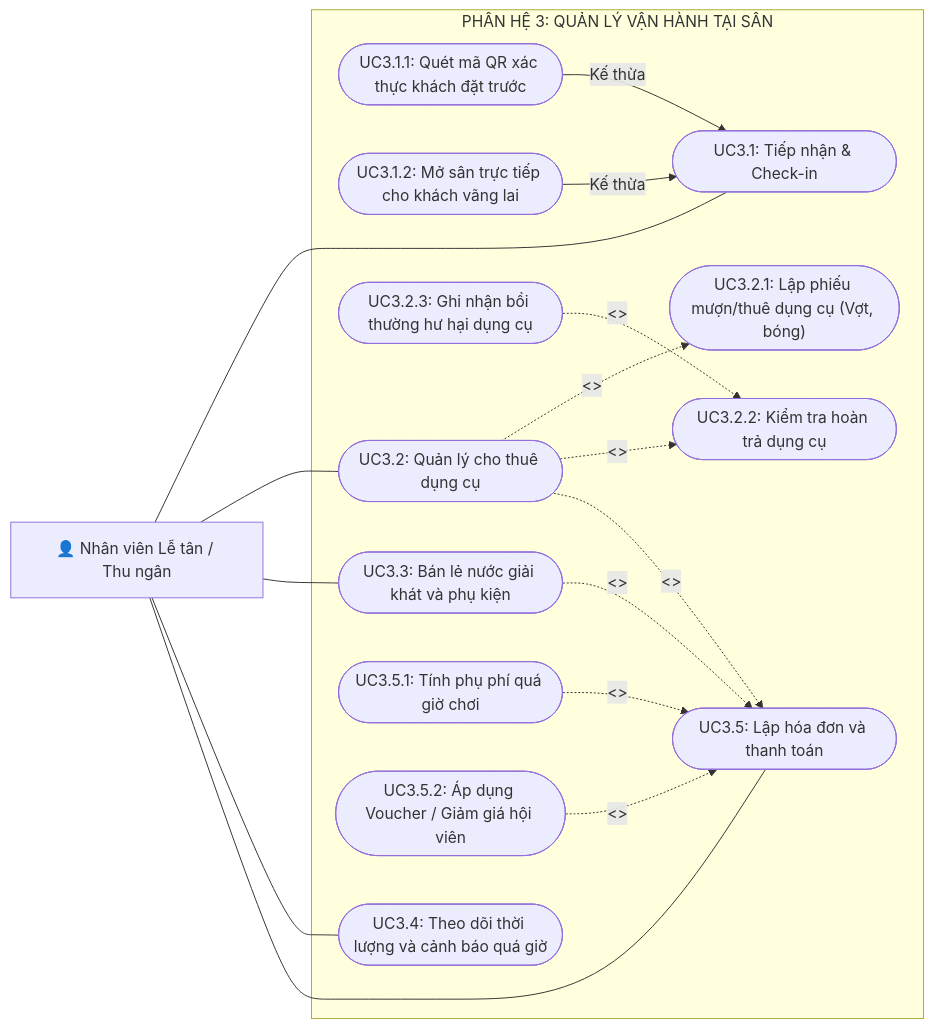
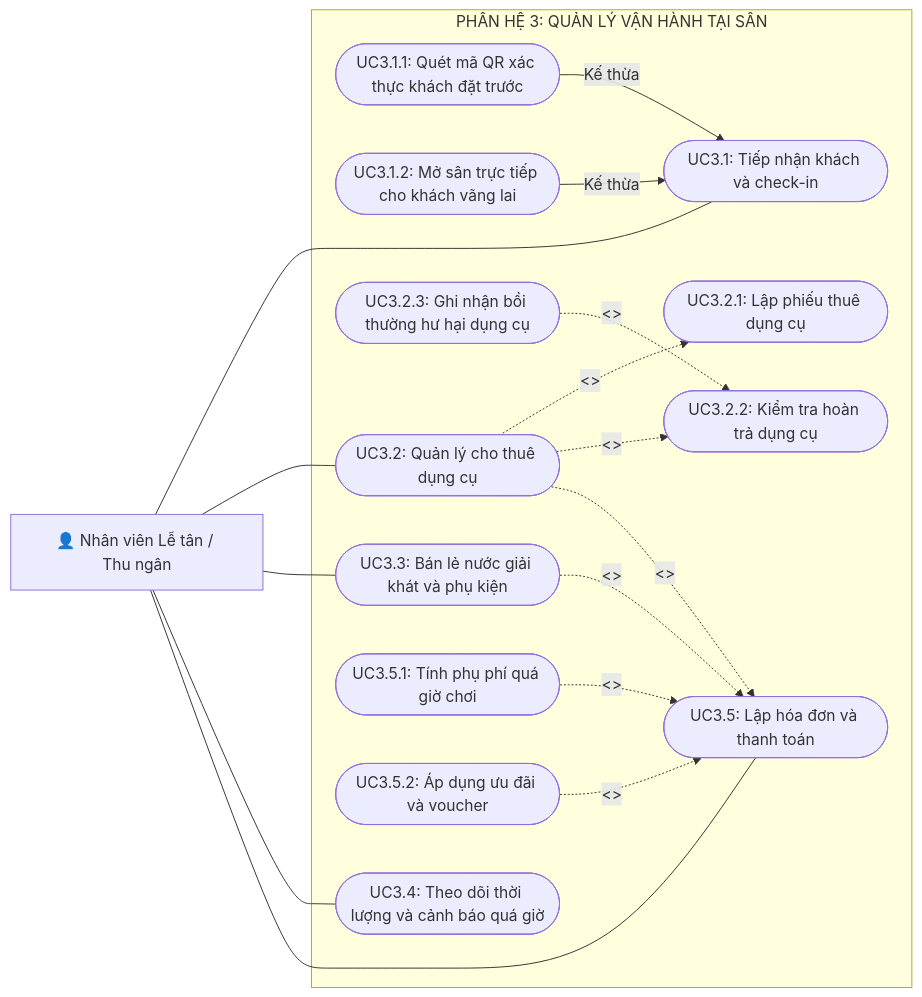
The fifth of 7 diagrams in BTH/BTH3_UsecaseDiagram/BTH3_UsecaseDiagram.md (nphat-code/DoAn-OOAD-SGU), drawn with Mermaid before and after one commit. The commit also changed other lines of this file and 2 other files, not shown here.

````diff
--- a/BTH/BTH3_UsecaseDiagram/BTH3_UsecaseDiagram.md
+++ b/BTH/BTH3_UsecaseDiagram/BTH3_UsecaseDiagram.md
@@ -195,42 +195,42 @@
 ```mermaid
 flowchart LR
     Staff["👤 Nhân viên Lễ tân / Thu ngân"]
 
     subgraph Subsystem3 ["PHÂN HỆ 3: QUẢN LÝ VẬN HÀNH TẠI SÂN"]
-        UC31(["UC3.1: Tiếp nhận & Check-in"])
+        UC31(["UC3.1: Tiếp nhận khách và check-in"])
         UC311(["UC3.1.1: Quét mã QR xác thực khách đặt trước"])
         UC312(["UC3.1.2: Mở sân trực tiếp cho khách vãng lai"])
 
         UC32(["UC3.2: Quản lý cho thuê dụng cụ"])
-        UC321(["UC3.2.1: Lập phiếu mượn/thuê dụng cụ (Vợt, bóng)"])
+        UC321(["UC3.2.1: Lập phiếu thuê dụng cụ"])
         UC322(["UC3.2.2: Kiểm tra hoàn trả dụng cụ"])
         UC323(["UC3.2.3: Ghi nhận bồi thường hư hại dụng cụ"])
 
         UC33(["UC3.3: Bán lẻ nước giải khát và phụ kiện"])
         UC34(["UC3.4: Theo dõi thời lượng và cảnh báo quá giờ"])
         UC35(["UC3.5: Lập hóa đơn và thanh toán"])
 
         %% Extends for Invoice
         UC_Overtime(["UC3.5.1: Tính phụ phí quá giờ chơi"])
-        UC_Voucher(["UC3.5.2: Áp dụng Voucher / Giảm giá hội viên"])
+        UC_Voucher(["UC3.5.2: Áp dụng ưu đãi và voucher"])
     end
 
     Staff --- UC31
     Staff --- UC32
     Staff --- UC33
     Staff --- UC34
     Staff --- UC35
 
     UC311 -->|Kế thừa| UC31
     UC312 -->|Kế thừa| UC31
 
     UC32 -.->|<<include>>| UC321
     UC32 -.->|<<include>>| UC322
     UC323 -.->|<<extend>>| UC322
 
     UC_Overtime -.->|<<extend>>| UC35
     UC_Voucher -.->|<<extend>>| UC35
 
     UC32 -.->|<<include>>| UC35
     UC33 -.->|<<include>>| UC35
 ```
````
